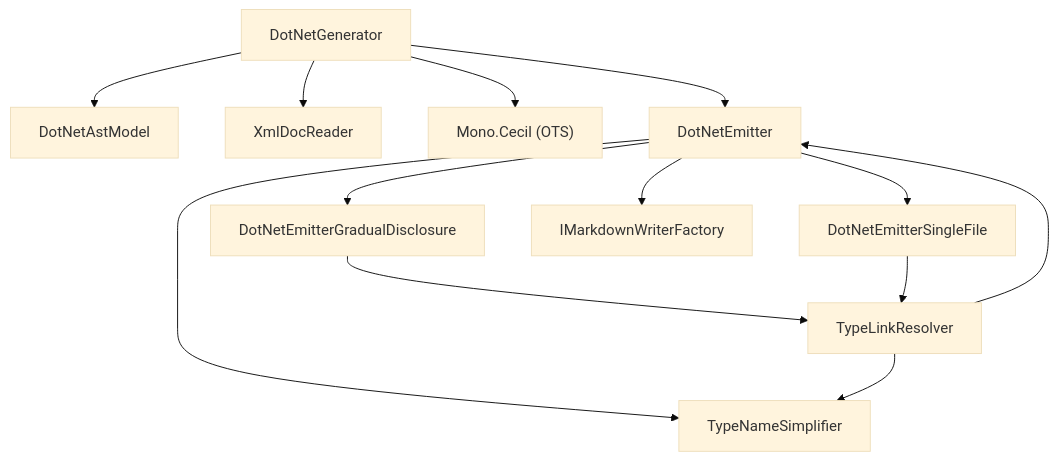
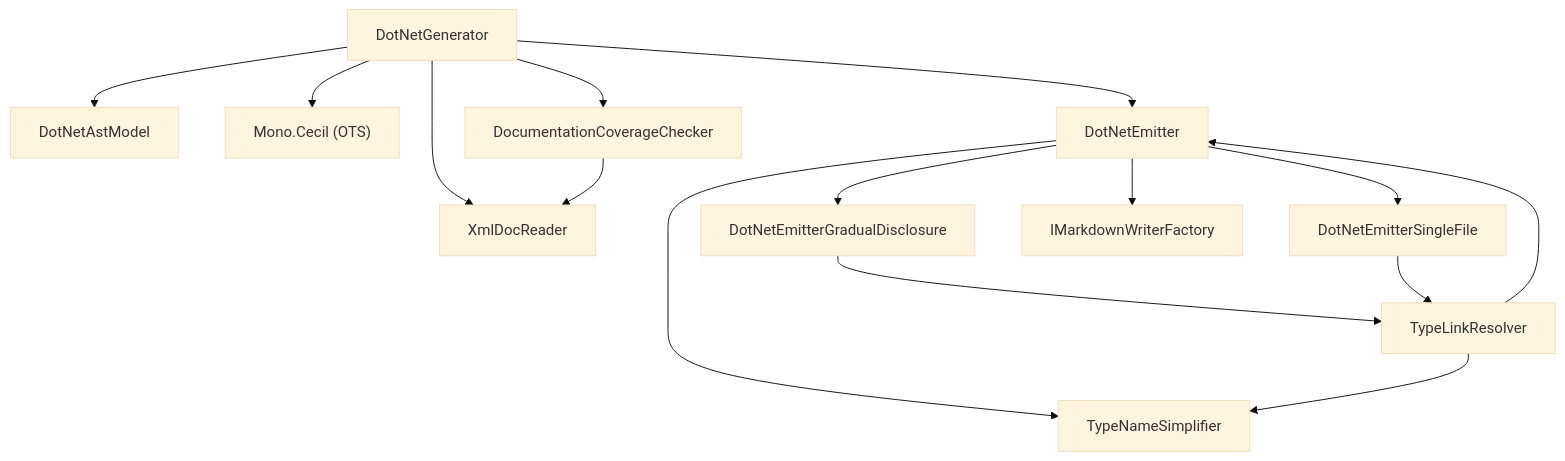
Before and after one commit to demaconsulting/ApiMark: the diagram in docs/design/api-mark-dot-net.md, drawn with Mermaid (base theme). The commit also changed other lines of this file and 95 other files, not shown here.

First line of the commit message:
Enhance API documentation coverage enforcement for .NET, C++, and VHDL (#36)

````diff
--- a/docs/design/api-mark-dot-net.md
+++ b/docs/design/api-mark-dot-net.md
@@ -48,15 +59,17 @@
 ```mermaid
 flowchart TD
     DotNetGenerator --> DotNetAstModel
     DotNetGenerator --> XmlDocReader
     DotNetGenerator --> MonoCecil["Mono.Cecil (OTS)"]
+    DotNetGenerator --> DocumentationCoverageChecker
+    DocumentationCoverageChecker --> XmlDocReader
     DotNetEmitter --> DotNetEmitterGradualDisclosure
     DotNetEmitter --> DotNetEmitterSingleFile
     DotNetEmitter --> IMarkdownWriterFactory
     DotNetGenerator --> DotNetEmitter
     DotNetEmitterGradualDisclosure --> TypeLinkResolver
     DotNetEmitterSingleFile --> TypeLinkResolver
     DotNetEmitter --> TypeNameSimplifier
     TypeLinkResolver --> TypeNameSimplifier
     TypeLinkResolver --> DotNetEmitter
 ```
````
